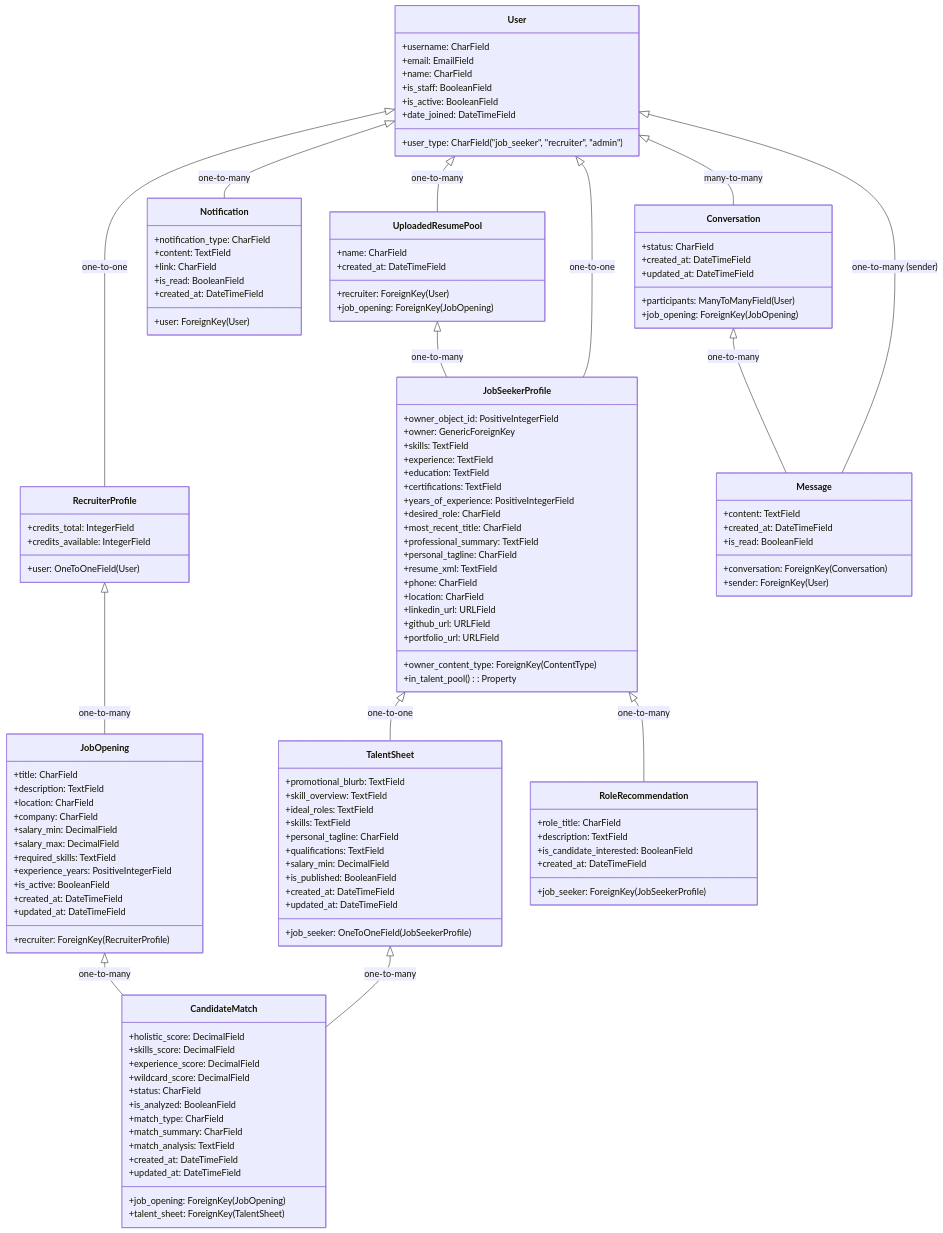
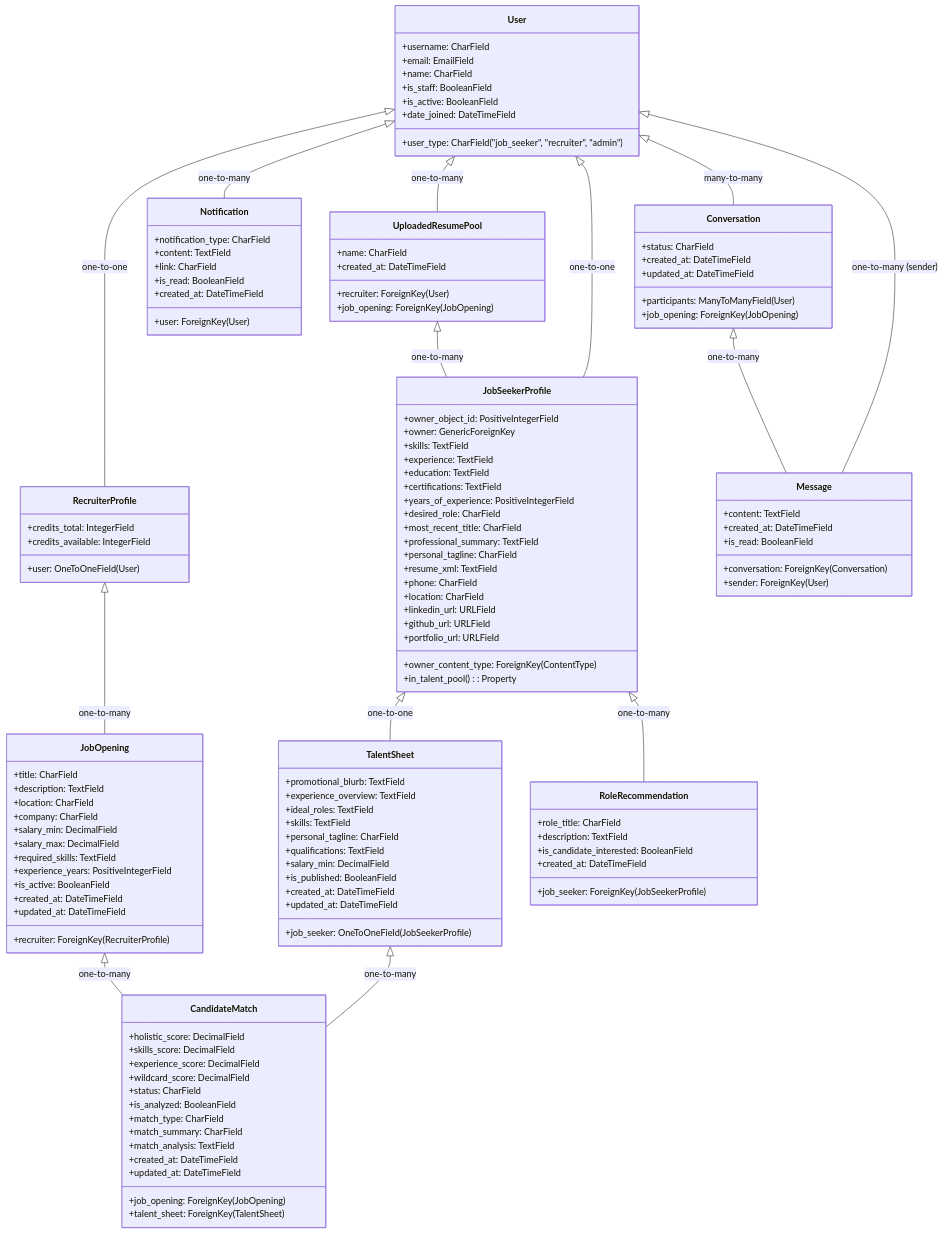
The diagram in docs/MODELS.md (btfranklin/hiredar-saas-archive), drawn with Mermaid before and after one commit. The commit also changed other lines of this file and 3 other files, not shown here.

Commit message:
Update documentation to reflect the renaming of 'skill_overview' to 'experience_overview' across multiple files, ensuring consistency in the matching implementation details, models, and talent sheet embedding processes.

```diff
--- a/docs/MODELS.md
+++ b/docs/MODELS.md
@@ -107,7 +107,7 @@
     class TalentSheet {
         +job_seeker: OneToOneField(JobSeekerProfile)
         +promotional_blurb: TextField
-        +skill_overview: TextField
+        +experience_overview: TextField
         +ideal_roles: TextField
         +skills: TextField
         +personal_tagline: CharField
```
